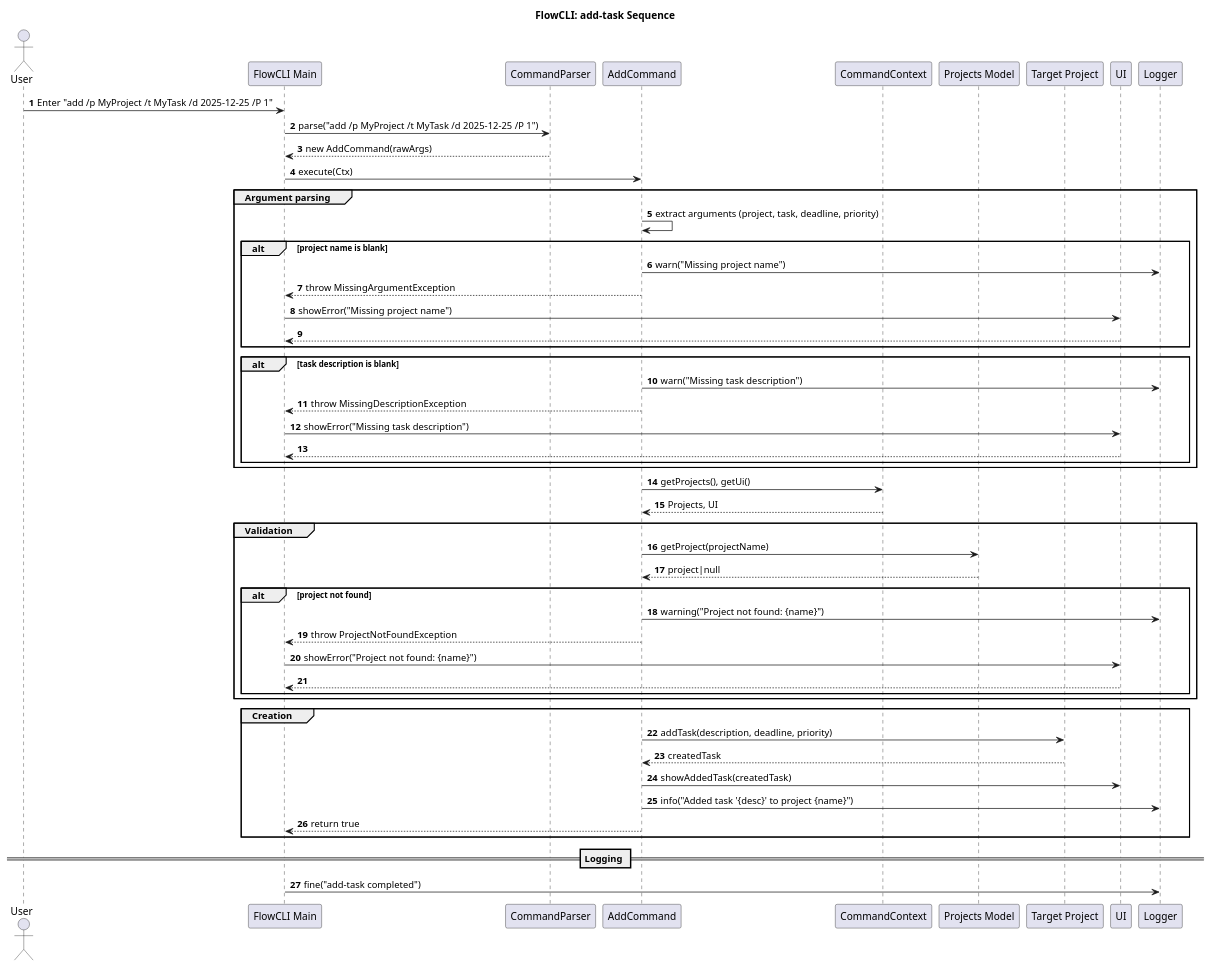
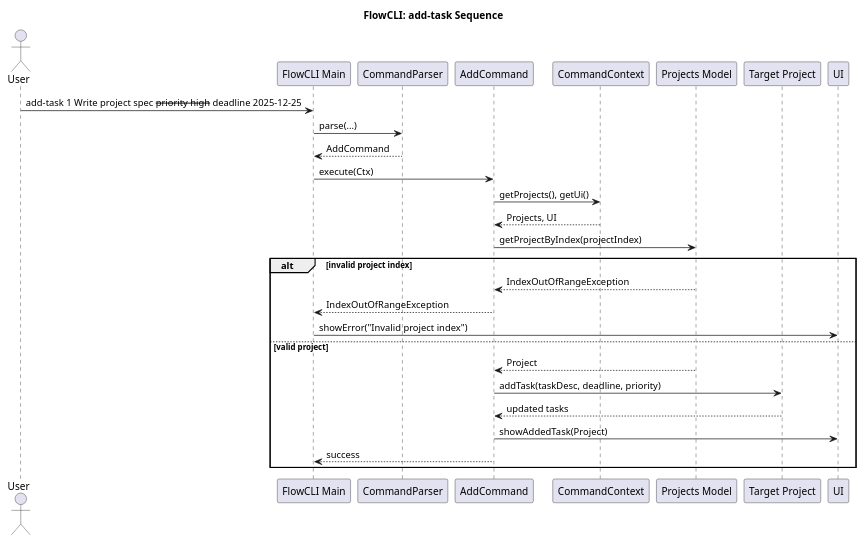
One commit to sean6369/tp changed the diagram in docs/plantUML/task-management/add-task-sequence-diagram.puml. Above: the diagram before and after it, drawn with PlantUML. The commit also changed 9 other files, not shown here.

Commit message:
update task mgmt plantUML diagrams

```diff
--- a/docs/plantUML/task-management/add-task-sequence-diagram.puml
+++ b/docs/plantUML/task-management/add-task-sequence-diagram.puml
@@ -1,62 +1,36 @@
 @startuml AddTaskSequenceDiagram
 title FlowCLI: add-task Sequence
-autonumber
 
 actor User
 participant "FlowCLI Main" as CLI
 participant "CommandParser" as Parser
 participant "AddCommand" as AddCmd
 participant "CommandContext" as Ctx
 participant "Projects Model" as Projects
 participant "Target Project" as Project
 participant "UI" as UI
-participant "Logger" as Log
 
-User -> CLI: Enter "add /p MyProject /t MyTask /d 2025-12-25 /P 1"
-CLI -> Parser: parse("add /p MyProject /t MyTask /d 2025-12-25 /P 1")
-Parser --> CLI: new AddCommand(rawArgs)
+User -> CLI: add-task 1 Write project spec --priority high --deadline 2025-12-25
+CLI -> Parser: parse(...)
+Parser --> CLI: AddCommand
 
 CLI -> AddCmd: execute(Ctx)
-
-group Argument parsing
-  AddCmd -> AddCmd: extract arguments (project, task, deadline, priority)
-  alt project name is blank
-    AddCmd -> Log: warn("Missing project name")
-    AddCmd --> CLI: throw MissingArgumentException
-    CLI -> UI: showError("Missing project name")
-    return
-  end
-  alt task description is blank
-    AddCmd -> Log: warn("Missing task description")
-    AddCmd --> CLI: throw MissingDescriptionException
-    CLI -> UI: showError("Missing task description")
-    return
-  end
-end
 
 AddCmd -> Ctx: getProjects(), getUi()
 Ctx --> AddCmd: Projects, UI
 
-group Validation
-  AddCmd -> Projects: getProject(projectName)
-  Projects --> AddCmd: project|null
-  alt project not found
-    AddCmd -> Log: warning("Project not found: {name}")
-    AddCmd --> CLI: throw ProjectNotFoundException
-    CLI -> UI: showError("Project not found: {name}")
-    return
-  end
+AddCmd -> Projects: getProjectByIndex(projectIndex)
+
+alt invalid project index
+    Projects --> AddCmd: IndexOutOfRangeException
+    AddCmd --> CLI: IndexOutOfRangeException
+    CLI -> UI: showError("Invalid project index")
+else valid project
+    Projects --> AddCmd: Project
+    AddCmd -> Project: addTask(taskDesc, deadline, priority)
+    Project --> AddCmd: updated tasks
+    AddCmd -> UI: showAddedTask(Project)
+    AddCmd --> CLI: success
 end
 
-group Creation
-  AddCmd -> Project: addTask(description, deadline, priority)
-  Project --> AddCmd: createdTask
-  AddCmd -> UI: showAddedTask(createdTask)
-  AddCmd -> Log: info("Added task '{desc}' to project {name}")
-  AddCmd --> CLI: return true
-end
-
-== Logging ==
-CLI -> Log: fine("add-task completed")
-
 @enduml
```
